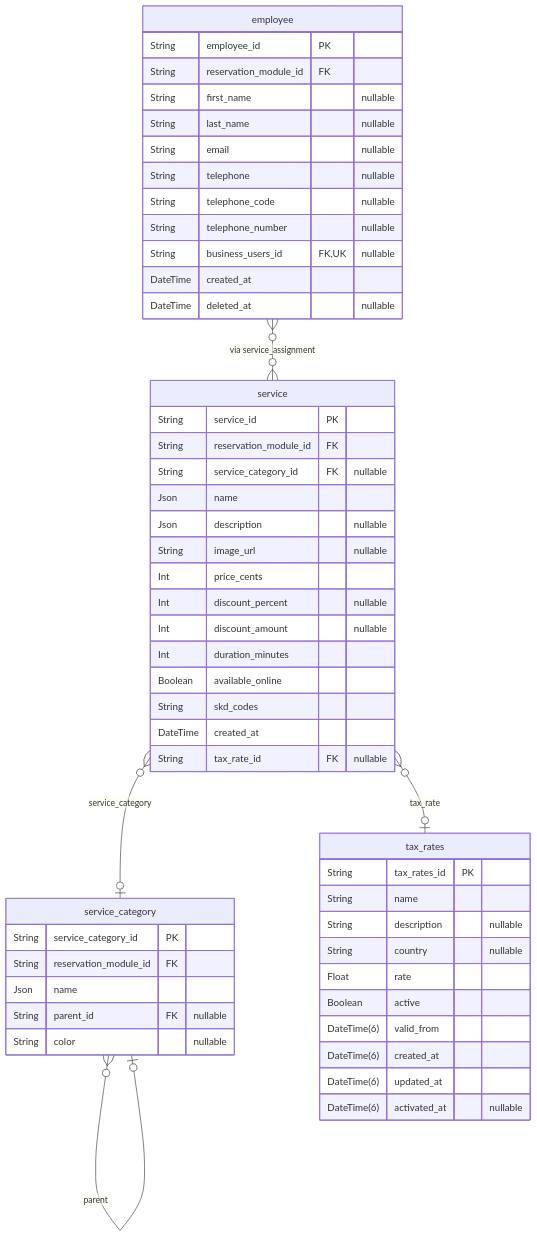
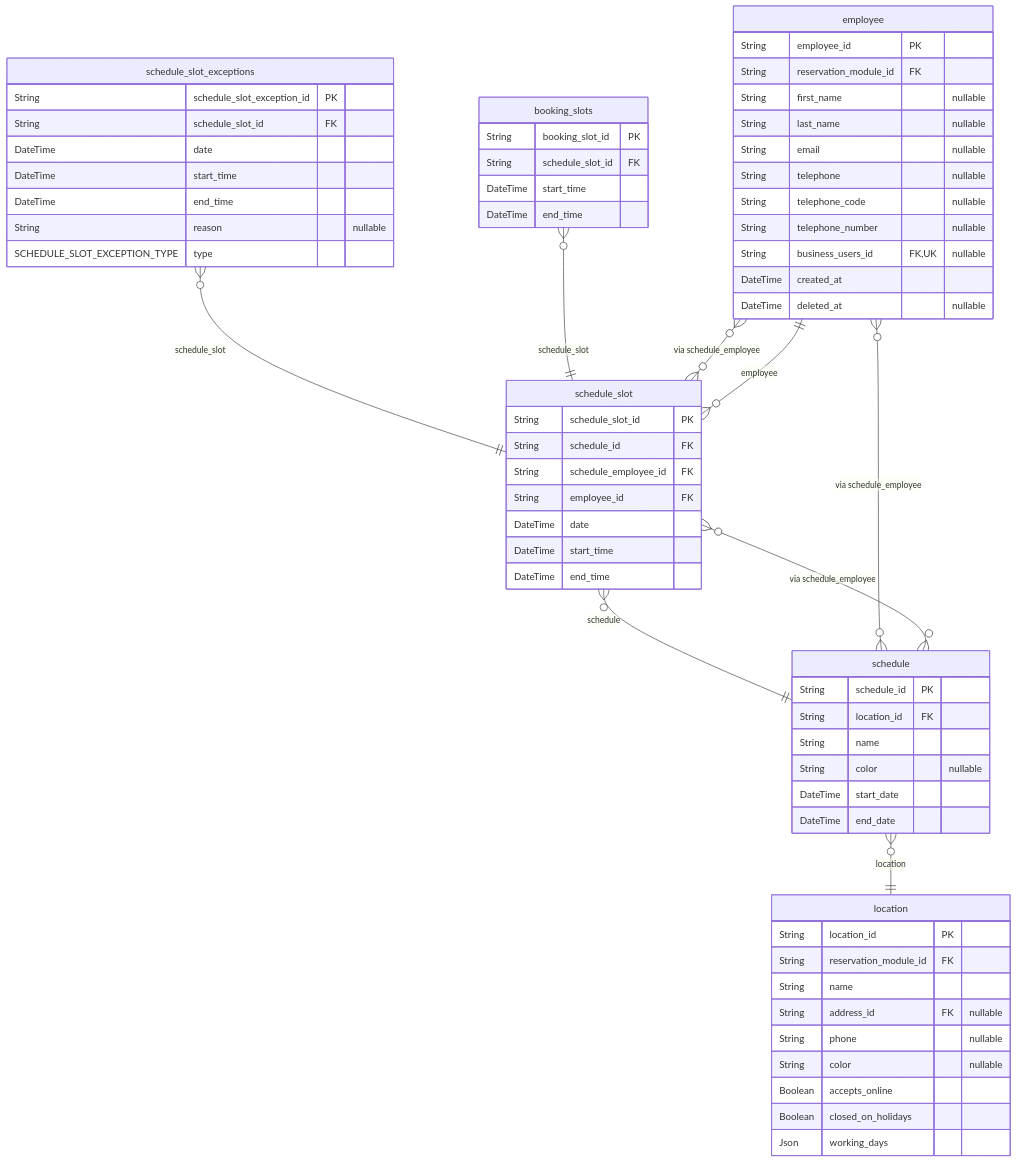
Diagram 36 of 40 in prisma/schemas/ERD.md (pbozic/be-analyisis), drawn with Mermaid before and after one commit. The commit also changed other lines of this file and 1 other file, not shown here.

Commit message:
feature: Added courses to reservations schema

````diff
--- a/prisma/schemas/ERD.md
+++ b/prisma/schemas/ERD.md
@@ -6789,55 +6928,67 @@
 ```mermaid
 erDiagram
-"service_category" {
-  String service_category_id PK
+"location" {
+  String location_id PK
   String reservation_module_id FK
-  Json name
-  String parent_id FK "nullable"
+  String name
+  String address_id FK "nullable"
+  String phone "nullable"
   String color "nullable"
-}
-"service" {
-  String service_id PK
-  String reservation_module_id FK
-  String service_category_id FK "nullable"
-  Json name
-  Json description "nullable"
-  String image_url "nullable"
-  Int price_cents
-  Int discount_percent "nullable"
-  Int discount_amount "nullable"
-  Int duration_minutes
-  Boolean available_online
-  String skd_codes
-  DateTime created_at
-  String tax_rate_id FK "nullable"
+  Boolean accepts_online
+  Boolean closed_on_holidays
+  Json working_days
 }
 "employee" {
   String employee_id PK
   String reservation_module_id FK
   String first_name "nullable"
   String last_name "nullable"
   String email "nullable"
   String telephone "nullable"
   String telephone_code "nullable"
   String telephone_number "nullable"
   String business_users_id FK,UK "nullable"
   DateTime created_at
   DateTime deleted_at "nullable"
 }
-"tax_rates" {
-  String tax_rates_id PK
+"schedule" {
+  String schedule_id PK
+  String location_id FK
   String name
-  String description "nullable"
-  String country "nullable"
-  Float rate
-  Boolean active
-  DateTime(6) valid_from
-  DateTime(6) created_at
-  DateTime(6) updated_at
-  DateTime(6) activated_at "nullable"
+  String color "nullable"
+  DateTime start_date
+  DateTime end_date
 }
-"service_category" }o--o| "service_category" : parent
-"service" }o--o| "service_category" : service_category
-"service" }o--o| "tax_rates" : tax_rate
-"employee" }o--o{ "service" : "via service_assignment"
+"schedule_slot" {
+  String schedule_slot_id PK
+  String schedule_id FK
+  String schedule_employee_id FK
+  String employee_id FK
+  DateTime date
+  DateTime start_time
+  DateTime end_time
+}
+"schedule_slot_exceptions" {
+  String schedule_slot_exception_id PK
+  String schedule_slot_id FK
+  DateTime date
+  DateTime start_time
+  DateTime end_time
+  String reason "nullable"
+  SCHEDULE_SLOT_EXCEPTION_TYPE type
+}
+"booking_slots" {
+  String booking_slot_id PK
+  String schedule_slot_id FK
+  DateTime start_time
+  DateTime end_time
+}
+"schedule" }o--|| "location" : location
+"schedule_slot" }o--|| "schedule" : schedule
+"schedule_slot" }o--|| "employee" : employee
+"schedule_slot_exceptions" }o--|| "schedule_slot" : schedule_slot
+"booking_slots" }o--|| "schedule_slot" : schedule_slot
+"schedule" }o--o{ "employee" : "via schedule_employee"
+"schedule" }o--o{ "schedule_slot" : "via schedule_employee"
+"employee" }o--o{ "schedule_slot" : "via schedule_employee"
 ```
````
